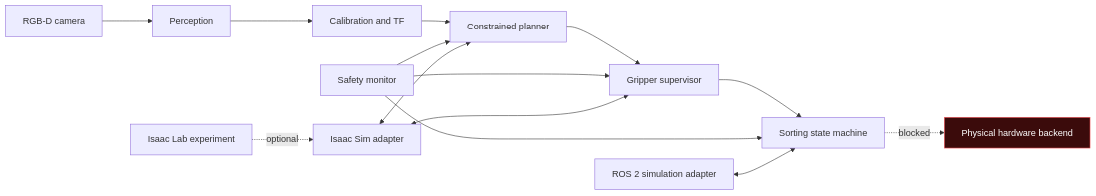
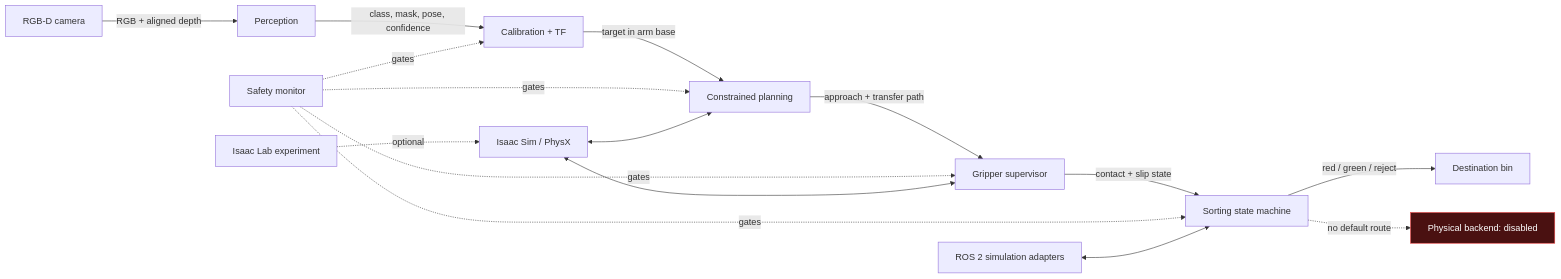
Before and after one commit to ravonek/Lexium_cobot: the first of 2 diagrams in README.md, drawn with Mermaid. The commit also changed other lines of this file and 5 other files, not shown here.

````diff
--- a/README.md
+++ b/README.md
@@ -77,19 +195,23 @@
 ```mermaid
 flowchart LR
-    RGBD[RGB-D camera] --> PER[Perception]
-    PER --> TF[Calibration and TF]
-    TF --> PLAN[Constrained planner]
-    PLAN --> GRIP[Gripper supervisor]
-    GRIP --> SORT[Sorting state machine]
-    SAFE[Safety monitor] --> PLAN
-    SAFE --> GRIP
-    SAFE --> SORT
-    SIM[Isaac Sim adapter] <--> PLAN
+    CAM[RGB-D camera] -->|RGB + aligned depth| PER[Perception]
+    PER -->|class, mask, pose, confidence| TF[Calibration + TF]
+    TF -->|target in arm base| PLAN[Constrained planning]
+    PLAN -->|approach + transfer path| GRIP[Gripper supervisor]
+    GRIP -->|contact + slip state| FSM[Sorting state machine]
+    FSM -->|red / green / reject| BIN[Destination bin]
+
+    SAFE[Safety monitor] -. gates .-> TF
+    SAFE -. gates .-> PLAN
+    SAFE -. gates .-> GRIP
+    SAFE -. gates .-> FSM
+
+    SIM[Isaac Sim / PhysX] <--> PLAN
     SIM <--> GRIP
-    ROS[ROS 2 simulation adapter] <--> SORT
-    RL[Isaac Lab experiment] -. optional .-> SIM
-    HW[Physical hardware backend]:::disabled
-    SORT -. blocked .-> HW
+    LAB[Isaac Lab experiment] -. optional .-> SIM
+    ROS[ROS 2 simulation adapters] <--> FSM
+    HW[Physical backend: disabled]:::blocked
+    FSM -. no default route .-> HW
 
-    classDef disabled fill:#3b0b0b,stroke:#ff5a5f,color:#fff;
+    classDef blocked fill:#4a1111,stroke:#ef4444,color:#ffffff;
 ```
````
